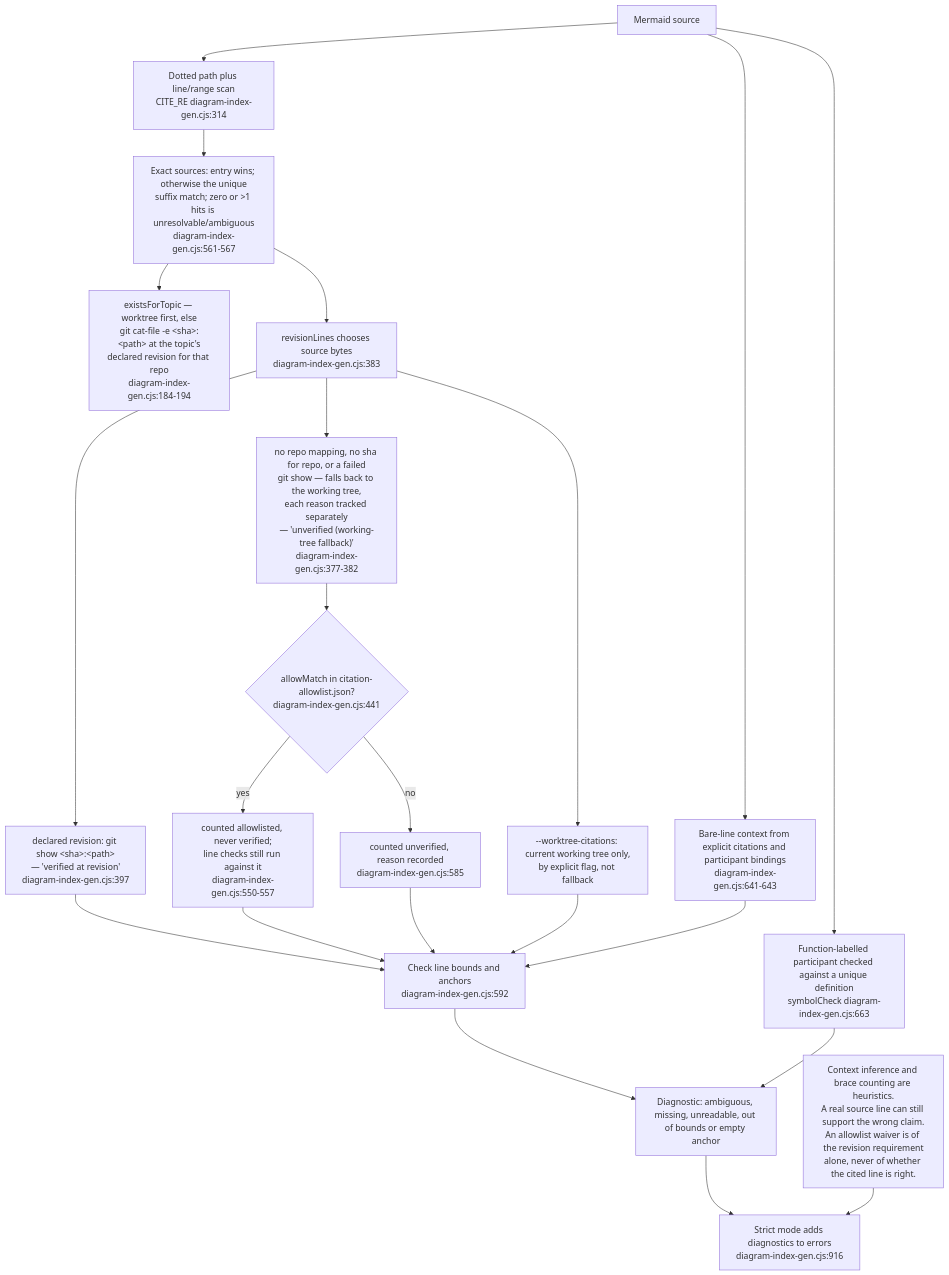
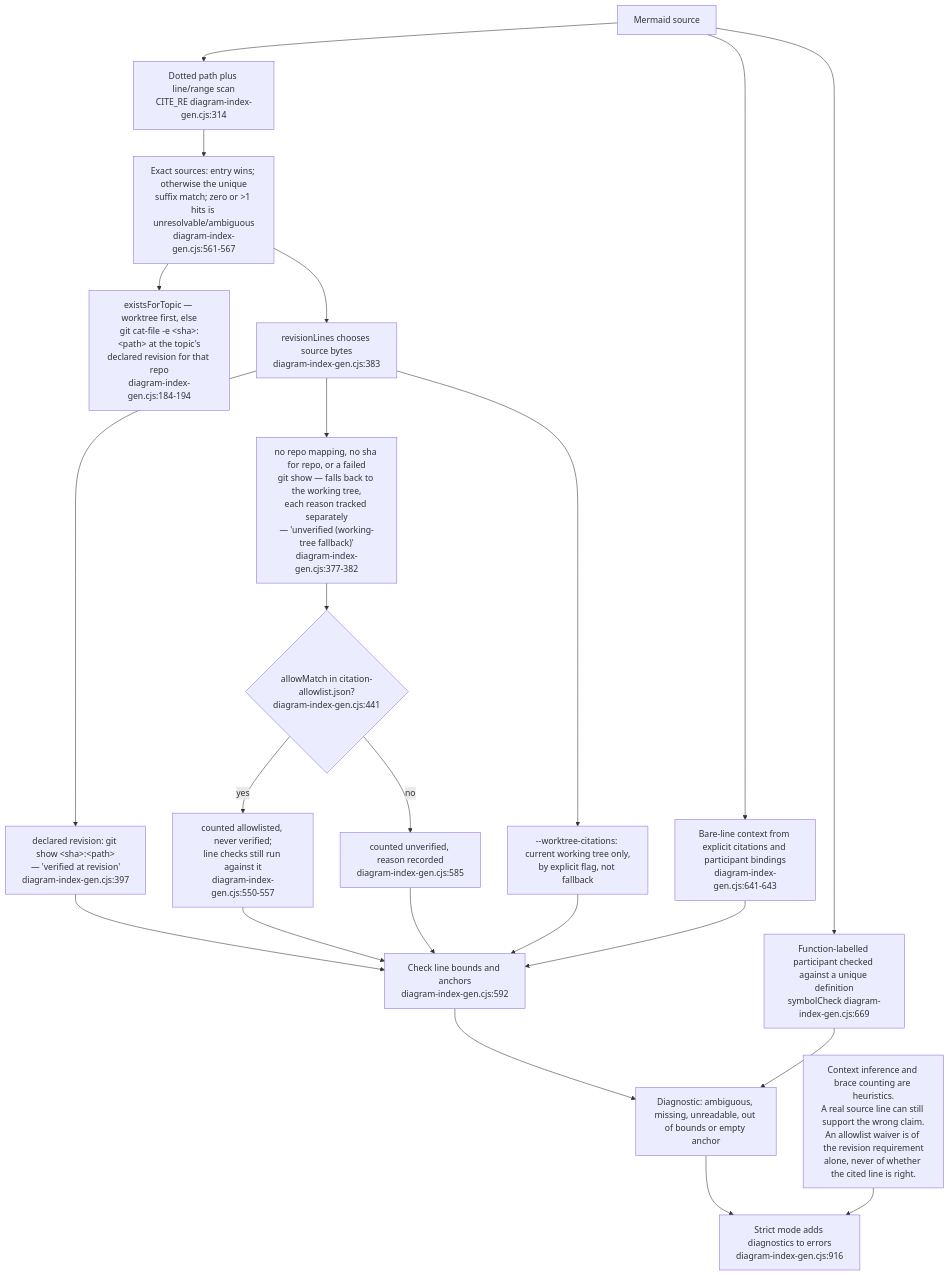
One commit to DreamLab-AI/VisionFlow changed the tenth of 15 diagrams in docs/diagrams/visionflow/06-diagram-tooling.md. Above: the diagram before and after it, drawn with Mermaid. The commit also changed 2 other files, not shown here.

Commit message:
diagrams(visionflow): fix skeptic findings on VF-04, VF-06, VF-08
- VF-04 ledger drift prose named agentbox pin 720e0d89; the topic's
  agentbox stamp is 59b1aca1 (claim re-checked there).
- VF-08.x VAULT node and prose: VAULT_ONLY_VERBS is at
  ontology-apply.js:154, binFor at :157-158 (59b1aca); :153 is the comment.
- VF-06 SYMBOL node: symbolCheck is defined at diagram-index-gen.cjs:669
  at 3ae784e, not :663.

````diff
--- a/docs/diagrams/visionflow/06-diagram-tooling.md
+++ b/docs/diagrams/visionflow/06-diagram-tooling.md
@@ -313,24 +313,24 @@
 ```mermaid
 flowchart TB
     A["Mermaid source"] --> SCAN["Dotted path plus line/range scan<br/>CITE_RE diagram-index-gen.cjs:314"]
     SCAN --> MATCH["Exact sources: entry wins; otherwise the unique<br/>suffix match; zero or >1 hits is unresolvable/ambiguous<br/>diagram-index-gen.cjs:561-567"]
     MATCH --> EXIST["existsForTopic — worktree first, else<br/>git cat-file -e &lt;sha&gt;:&lt;path&gt; at the topic's<br/>declared revision for that repo<br/>diagram-index-gen.cjs:184-194"]
     MATCH --> MODE["revisionLines chooses source bytes<br/>diagram-index-gen.cjs:383"]
     MODE --> PIN["declared revision: git show &lt;sha&gt;:&lt;path&gt;<br/>— 'verified at revision'<br/>diagram-index-gen.cjs:397"]
     MODE --> WT["no repo mapping, no sha for repo, or a failed<br/>git show — falls back to the working tree,<br/>each reason tracked separately<br/>— 'unverified (working-tree fallback)'<br/>diagram-index-gen.cjs:377-382"]
     MODE --> WTFLAG["--worktree-citations: current working tree only,<br/>by explicit flag, not fallback"]
     PIN --> READ["Check line bounds and anchors<br/>diagram-index-gen.cjs:592"]
     WT --> WAIVE{"allowMatch in citation-allowlist.json?<br/>diagram-index-gen.cjs:441"}
     WAIVE -->|yes| ALLOWED["counted allowlisted, never verified;<br/>line checks still run against it<br/>diagram-index-gen.cjs:550-557"]
     WAIVE -->|no| UNVER["counted unverified, reason recorded<br/>diagram-index-gen.cjs:585"]
     ALLOWED --> READ
     UNVER --> READ
     WTFLAG --> READ
     A --> BARE["Bare-line context from explicit citations and participant bindings<br/>diagram-index-gen.cjs:641-643"]
     BARE --> READ
-    A --> SYMBOL["Function-labelled participant checked against a unique definition<br/>symbolCheck diagram-index-gen.cjs:663"]
+    A --> SYMBOL["Function-labelled participant checked against a unique definition<br/>symbolCheck diagram-index-gen.cjs:669"]
     READ --> DIAG["Diagnostic: ambiguous, missing, unreadable, out of bounds or empty anchor"]
     SYMBOL --> DIAG
     DIAG --> EXIT["Strict mode adds diagnostics to errors<br/>diagram-index-gen.cjs:916"]
     LIMIT["Context inference and brace counting are heuristics.<br/>A real source line can still support the wrong claim.<br/>An allowlist waiver is of the revision requirement<br/>alone, never of whether the cited line is right."] --> EXIT
 ```
````
